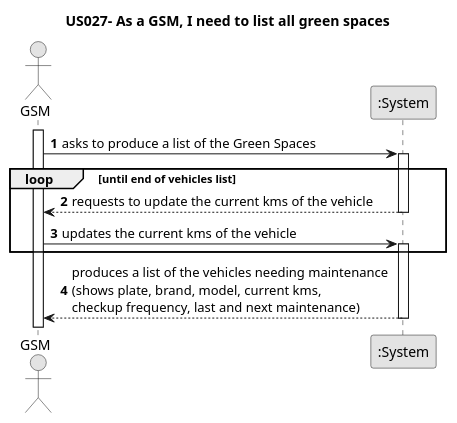
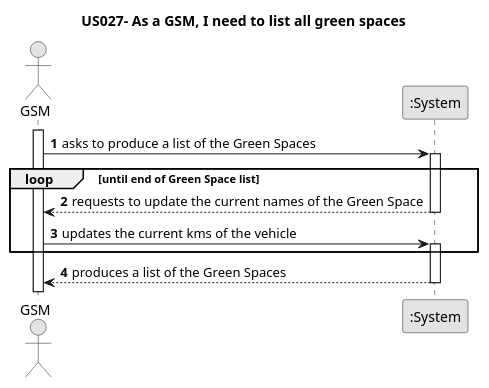
One commit to Departamento-de-Engenharia-Informatica/lei-24-s2-1dm-g132 changed the diagram in docs/sprintC/us027/01.requirements-engineering/puml/us001-system-sequence-diagram.puml. Above: the diagram before and after it, drawn with PlantUML. The commit also changed other lines of this file and 3 other files, not shown here.

```diff
--- a/docs/sprintC/us027/01.requirements-engineering/puml/us001-system-sequence-diagram.puml
+++ b/docs/sprintC/us027/01.requirements-engineering/puml/us001-system-sequence-diagram.puml
@@ -30,28 +2,28 @@
 @startuml
 skinparam monochrome true
 skinparam packageStyle rectangle
 skinparam shadowing false
 
 title US027- As a GSM, I need to list all green spaces
 
 autonumber
 
 actor "GSM" as GSM
 participant ":System" as System
 
 activate GSM
 
     GSM -> System : asks to produce a list of the Green Spaces
     activate System
 
-    loop until end of vehicles list
-    System --> GSM : requests to update the current kms of the vehicle
+    loop until end of Green Space list
+    System --> GSM : requests to update the current names of the Green Space
     deactivate System
     GSM -> System : updates the current kms of the vehicle
     activate System
     end
 
-    System --> GSM : produces a list of the vehicles needing maintenance \n(shows plate, brand, model, current kms,\ncheckup frequency, last and next maintenance)
+    System --> GSM : produces a list of the Green Spaces
     deactivate System
 
 @enduml
```
